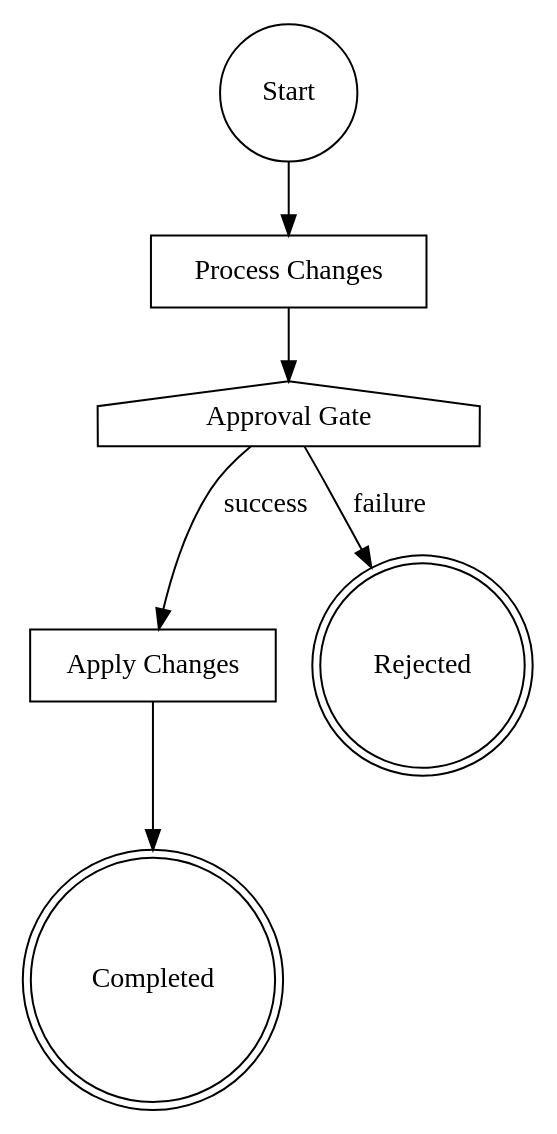
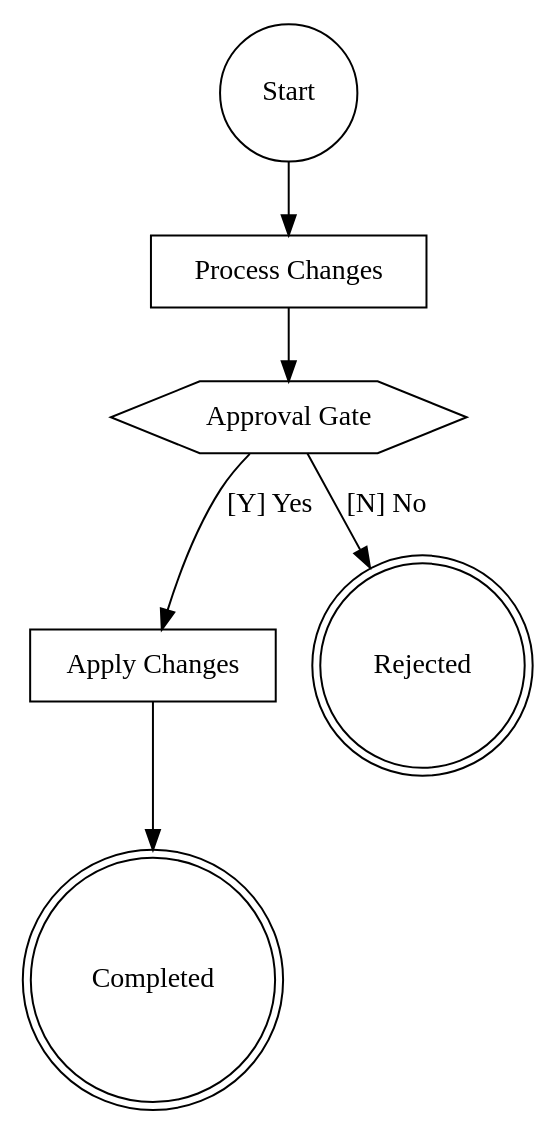
The third of 3 diagrams in docs/quickstart.md (humanator/smasher), drawn with Graphviz before and after one commit. The commit also changed other lines of this file and 6 other files, not shown here.

````diff
--- a/docs/quickstart.md
+++ b/docs/quickstart.md
@@ -313,22 +314,22 @@
 ```dot
 digraph HumanGate {
     start [shape=circle, label="Start"];
     process [shape=box, label="Process Changes"];
 
     human_gate [
-        shape=house,
+        shape=hexagon,
         label="Approval Gate",
         question="Do you approve this change?"
     ];
 
     approved [shape=box, label="Apply Changes"];
     exit_success [shape=doublecircle, label="Completed"];
     exit_rejected [shape=doublecircle, label="Rejected"];
 
     start -> process;
     process -> human_gate;
-    human_gate -> approved      [label="success"];
-    human_gate -> exit_rejected [label="failure"];
+    human_gate -> approved      [label="[Y] Yes"];
+    human_gate -> exit_rejected [label="[N] No"];
     approved -> exit_success;
 }
 ```
````
